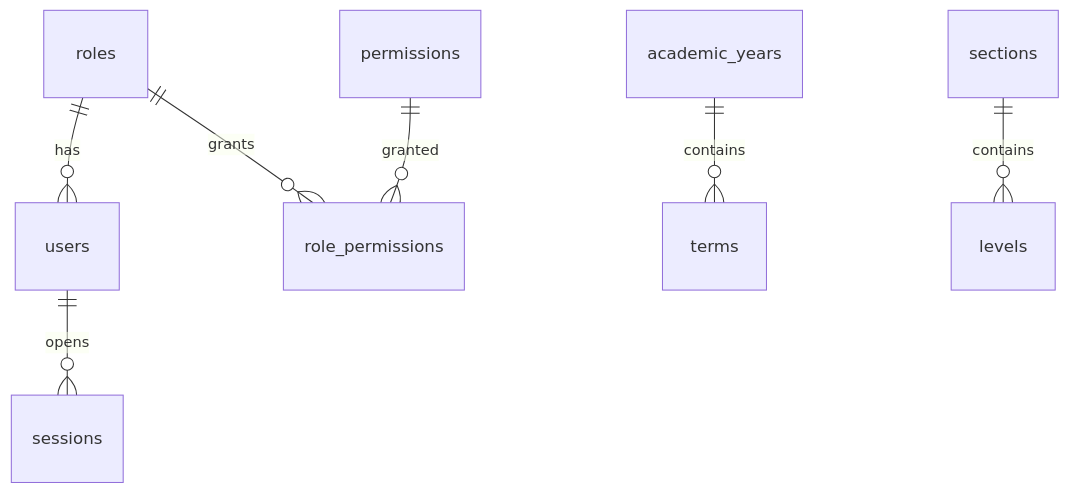
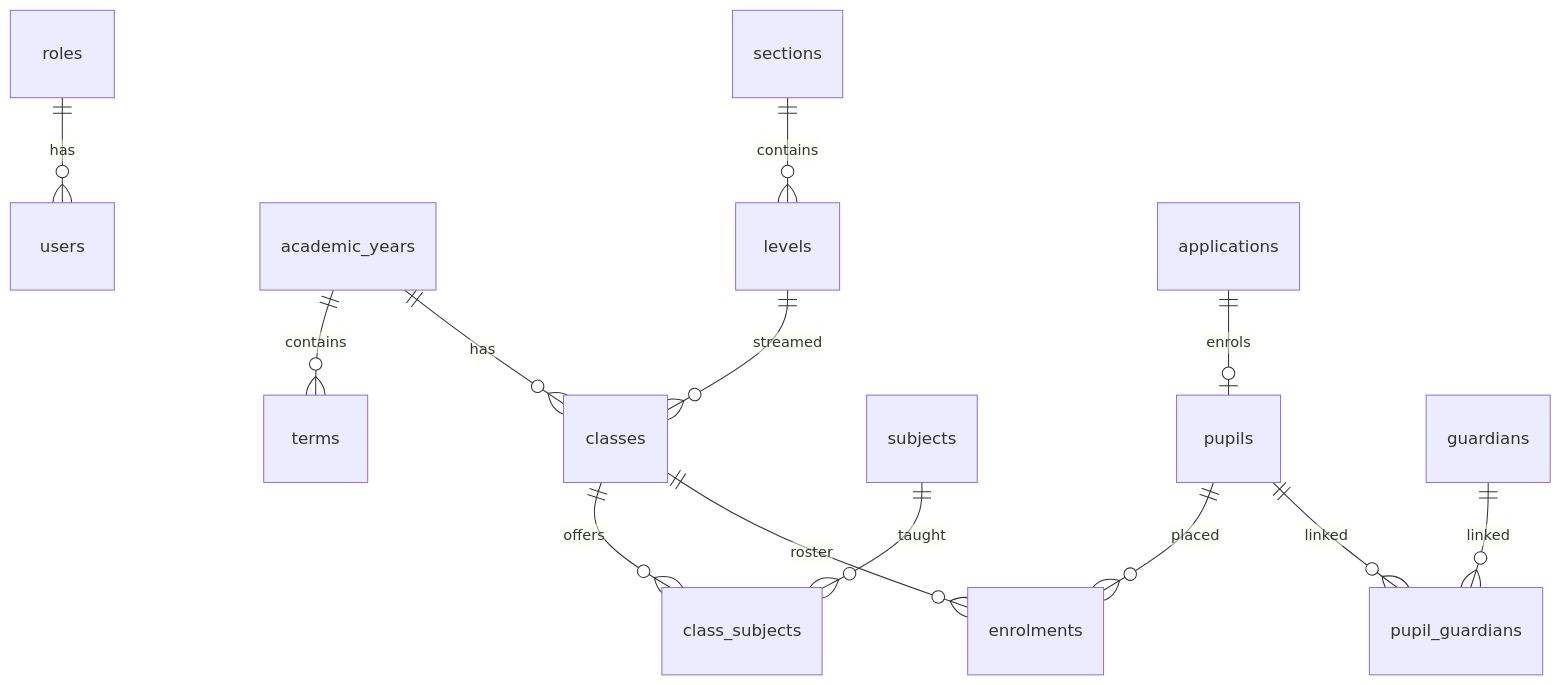
Before and after one commit to arrey-johnson/school-management-system: the diagram in docs/DATA_MODEL.md, drawn with Mermaid. The commit also changed other lines of this file and 29 other files, not shown here.

````diff
--- a/docs/DATA_MODEL.md
+++ b/docs/DATA_MODEL.md
@@ -5,9 +7,15 @@
 ```mermaid
 erDiagram
   roles ||--o{ users : has
-  roles ||--o{ role_permissions : grants
-  permissions ||--o{ role_permissions : granted
-  users ||--o{ sessions : opens
   academic_years ||--o{ terms : contains
+  academic_years ||--o{ classes : has
   sections ||--o{ levels : contains
+  levels ||--o{ classes : streamed
+  classes ||--o{ class_subjects : offers
+  subjects ||--o{ class_subjects : taught
+  applications ||--o| pupils : enrols
+  pupils ||--o{ enrolments : placed
+  classes ||--o{ enrolments : roster
+  pupils ||--o{ pupil_guardians : linked
+  guardians ||--o{ pupil_guardians : linked
 ```
````
